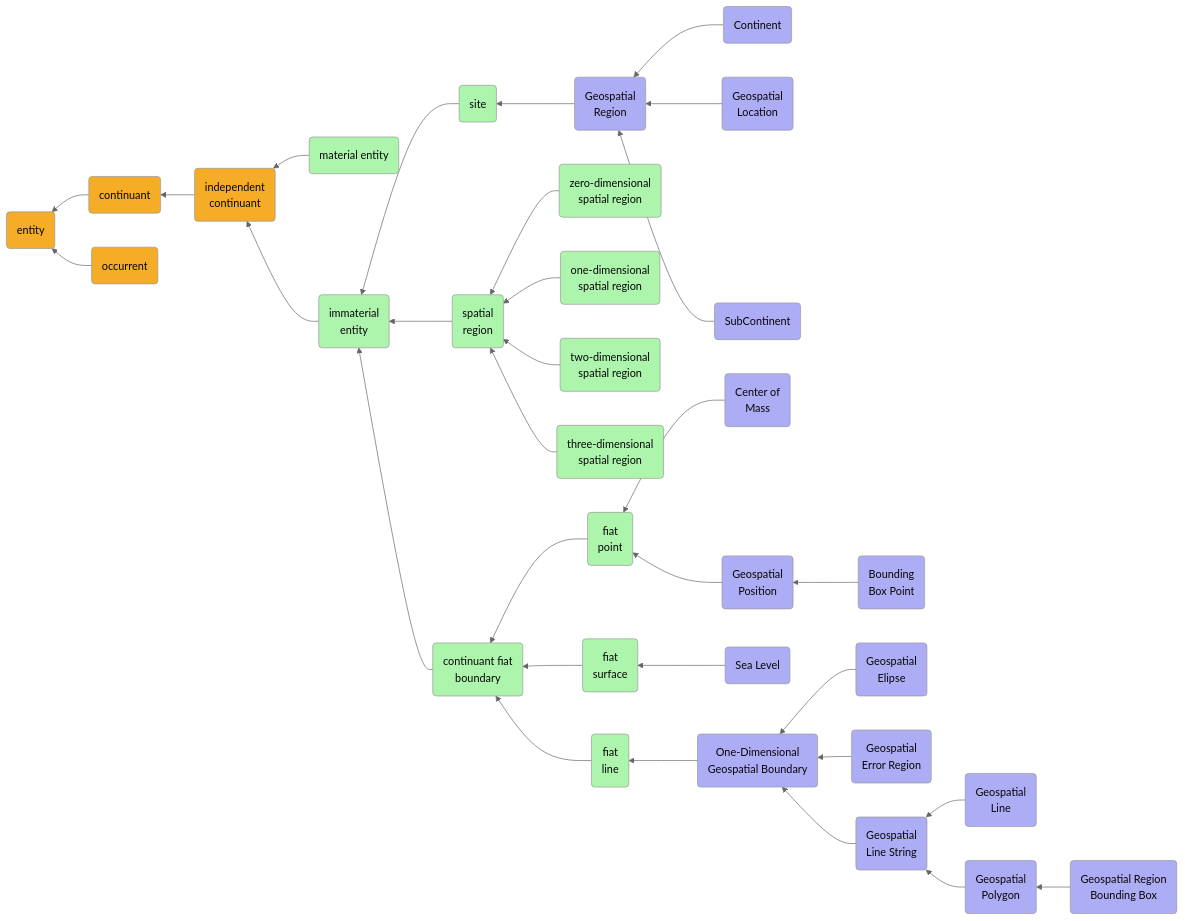
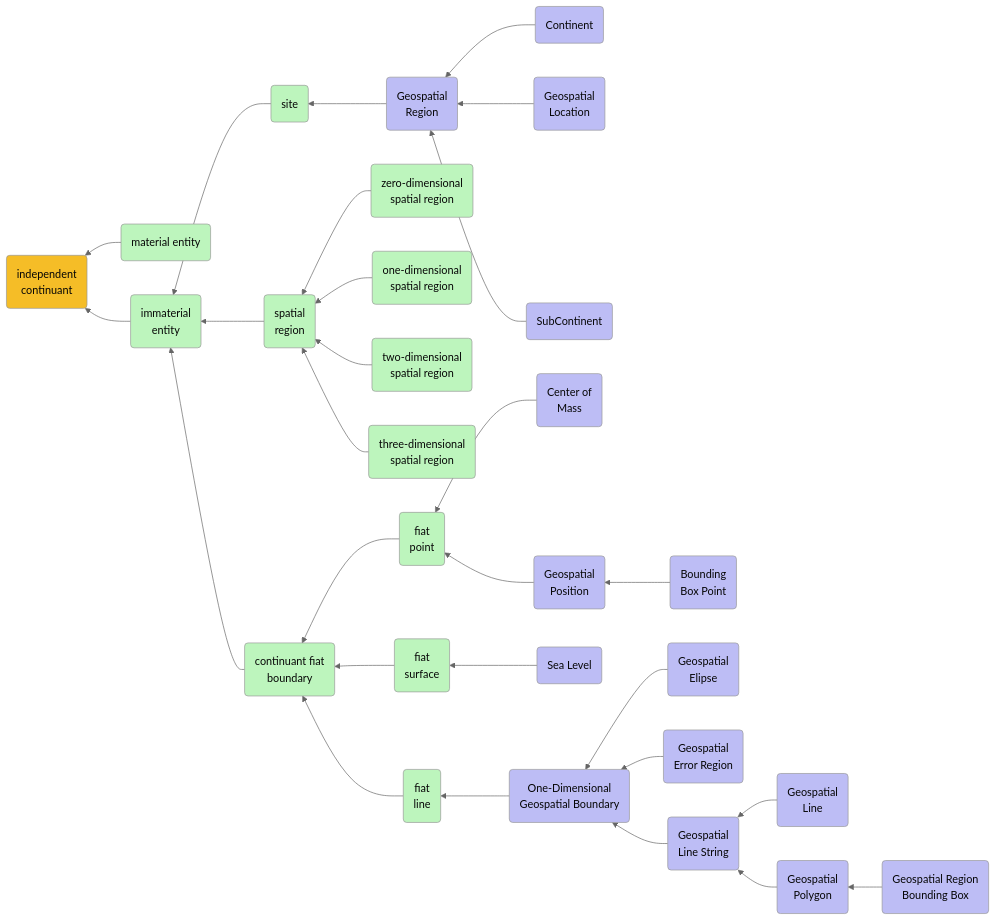
One commit to dr-shorthair/BFO-2020 changed the third of 3 diagrams in README.md. Above: the diagram before and after it, drawn with Mermaid (neutral theme).

Commit message:
Update GeospatialOntology diagram and class colors
Removed some nodes from the GeospatialOntology module diagram and updated class definitions for better color differentiation.

````diff
--- a/README.md
+++ b/README.md
@@ -112,38 +112,35 @@
 ```mermaid
 graph RL
-	B(continuant):::BFO-->A(entity):::BFO
-	F(independent<br> continuant):::BFO-->B(continuant):::BFO
 	G(material entity):::IC-->F(independent<br> continuant):::BFO
 	H(immaterial<br> entity):::IC-->F(independent<br> continuant):::BFO
 	O(site):::IC-->H(immaterial<br> entity):::IC
 	O1(Geospatial<br>Region):::GS-->O(site):::IC
 	O11(Continent):::GS-->O1(Geospatial<br>Region):::GS
 	O12(Geospatial<br>Location):::GS-->O1(Geospatial<br>Region):::GS
 	O13(SubContinent):::GS-->O1(Geospatial<br>Region):::GS
 	P(spatial<br> region):::IC-->H(immaterial<br> entity):::IC
 	Q(continuant fiat<br> boundary):::IC-->H(immaterial<br> entity):::IC
 	R(fiat<br> point):::IC-->Q(continuant fiat<br> boundary):::IC
 	R1(Center of<br>Mass):::GS-->R(fiat<br> point):::IC
 	R2(Geospatial<br>Position):::GS-->R(fiat<br> point):::IC
 	R21(Bounding<br>Box Point):::GS-->R2(Geospatial<br>Position):::GS
 	S(fiat<br> surface):::IC-->Q(continuant fiat<br> boundary):::IC
 	S1(Sea Level):::GS-->S(fiat<br> surface):::IC
 	T(fiat<br> line):::IC-->Q(continuant fiat<br> boundary):::IC
 	T1(One-Dimensional<br>Geospatial Boundary):::GS-->T(fiat<br> line):::IC
 	T12(Geospatial<br>Elipse):::GS-->T1(One-Dimensional<br>Geospatial Boundary):::GS
 	T13(Geospatial<br>Error Region):::GS-->T1(One-Dimensional<br>Geospatial Boundary):::GS
 	T14(Geospatial<br>Line String):::GS-->T1(One-Dimensional<br>Geospatial Boundary):::GS
 	T141(Geospatial<br>Line):::GS-->T14(Geospatial<br>Line String):::GS
 	T142(Geospatial<br>Polygon):::GS-->T14(Geospatial<br>Line String):::GS
 	T1421(Geospatial Region<br>Bounding Box):::GS-->T142(Geospatial<br>Polygon):::GS
 	VD(zero-dimensional<br> spatial region):::IC-->P(spatial<br> region):::IC
 	U(one-dimensional<br> spatial region):::IC-->P(spatial<br> region):::IC
 	V(two-dimensional<br> spatial region):::IC-->P(spatial<br> region):::IC
 	W(three-dimensional<br> spatial region):::IC-->P(spatial<br> region):::IC
-	C(occurrent):::BFO-->A(entity):::BFO
 
-    classDef BFO fill:#F5AD27,color:#060606
-    classDef IC fill:#ADF5AD,color:#060606
-    classDef GS fill:#ADADF5,color:#060606
+    classDef BFO fill:#F5BD27,color:#060606
+    classDef IC fill:#BDF5BD,color:#060606
+    classDef GS fill:#BDBDF5,color:#060606
 
   ```
````
